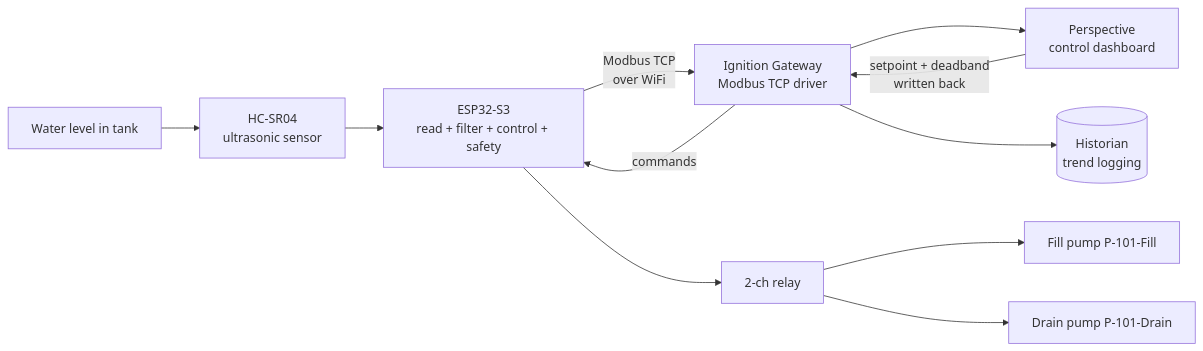
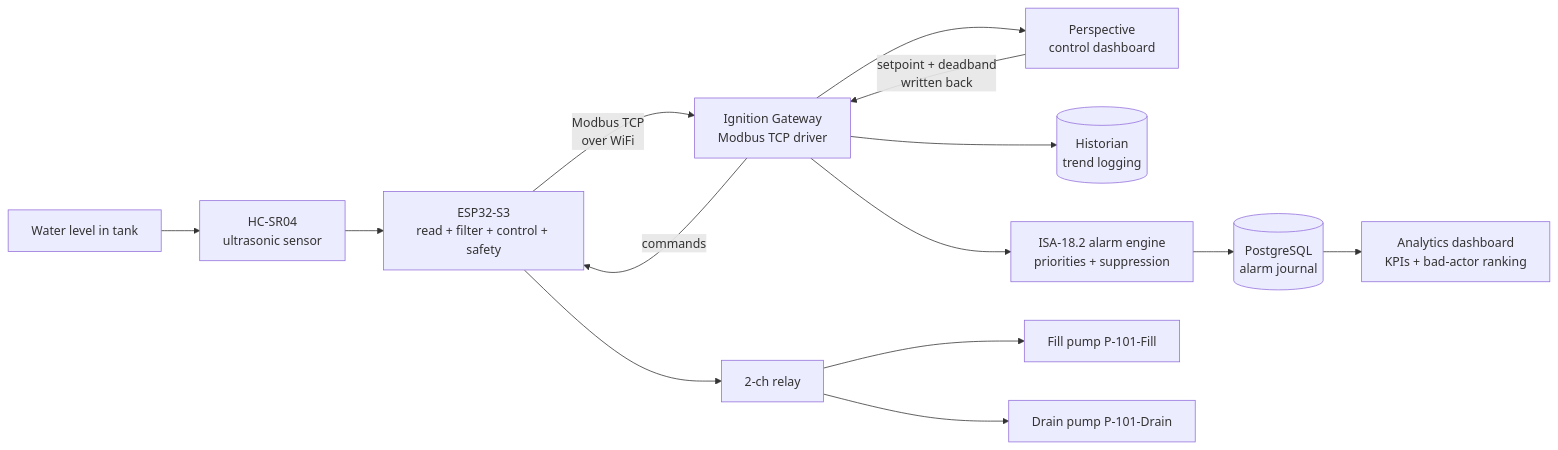
One commit to FaresMahgoub/Tank-Level-SCADA changed the diagram in README.md. Above: the diagram before and after it, drawn with Mermaid. The commit also changed other lines of this file, not shown here.

````diff
--- a/README.md
+++ b/README.md
@@ -45,12 +68,15 @@
 ```mermaid
 flowchart LR
     A[Water level in tank] --> B[HC-SR04<br/>ultrasonic sensor]
     B --> C[ESP32-S3<br/>read + filter + control + safety]
     C -->|Modbus TCP<br/>over WiFi| D[Ignition Gateway<br/>Modbus TCP driver]
     D --> E[Perspective<br/>control dashboard]
     D --> F[(Historian<br/>trend logging)]
+    D --> J[ISA-18.2 alarm engine<br/>priorities + suppression]
+    J --> K[(PostgreSQL<br/>alarm journal)]
+    K --> L[Analytics dashboard<br/>KPIs + bad-actor ranking]
     E -->|setpoint + deadband<br/>written back| D
     D -->|commands| C
     C --> G[2-ch relay] --> H[Fill pump P-101-Fill]
     G --> I[Drain pump P-101-Drain]
 ```
````
